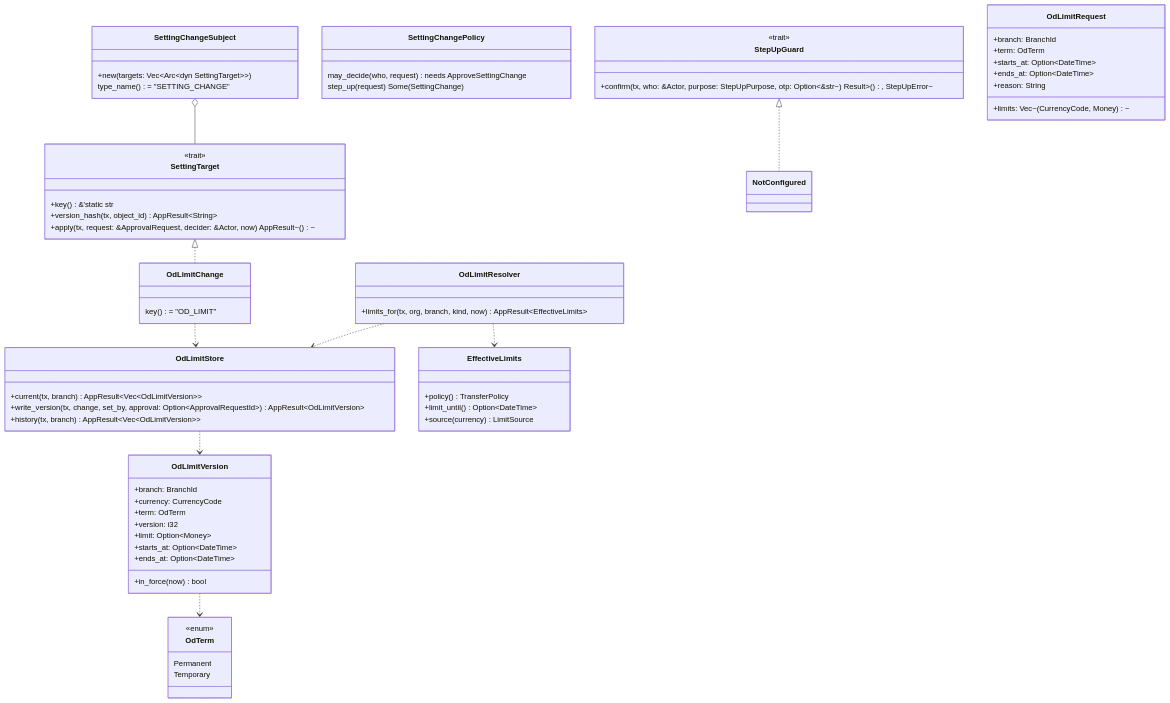
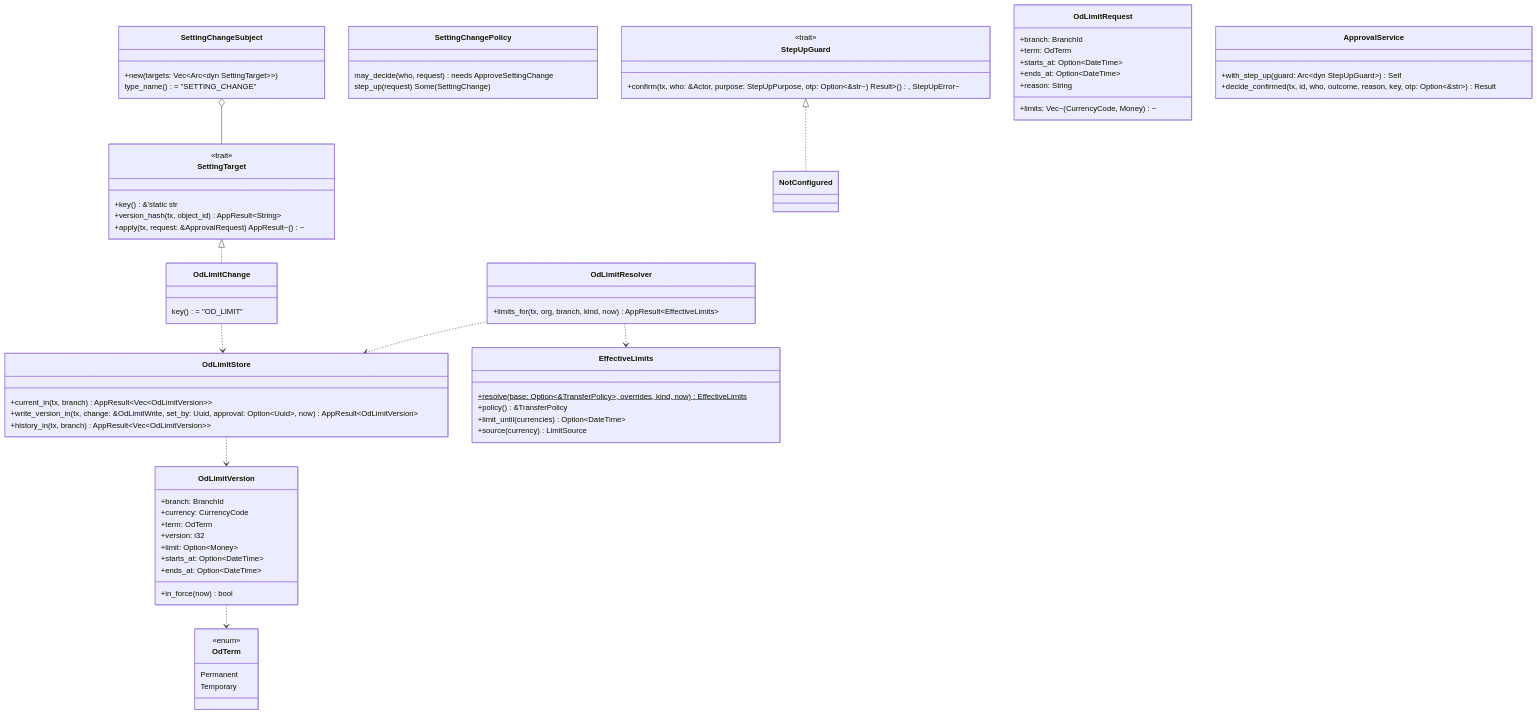
The diagram in docs/design/blueprint/od-limit-extension.md (yuthstyle88/xchange-dev), drawn with Mermaid before and after one commit. The commit also changed other lines of this file, not shown here.

First line of the commit message:
docs(od-limit): rows O-31 and O-32, step-up in the approval core, OD-2 owns the permissions after GA-1

````diff
--- a/docs/design/blueprint/od-limit-extension.md
+++ b/docs/design/blueprint/od-limit-extension.md
@@ -137,69 +138,74 @@
 ```mermaid
 classDiagram
   class SettingTarget {
     <<trait>>
     +key() &'static str
     +version_hash(tx, object_id) AppResult~String~
-    +apply(tx, request: &ApprovalRequest, decider: &Actor, now) AppResult~()~
+    +apply(tx, request: &ApprovalRequest) AppResult~()~
   }
   class SettingChangeSubject {
     +new(targets: Vec~Arc~dyn SettingTarget~~)
     type_name() = "SETTING_CHANGE"
   }
   class SettingChangePolicy {
     may_decide(who, request) needs ApproveSettingChange
     step_up(request) Some(SettingChange)
   }
   class StepUpGuard {
     <<trait>>
     +confirm(tx, who: &Actor, purpose: StepUpPurpose, otp: Option~&str~) Result~(), StepUpError~
   }
   class NotConfigured
   class OdLimitChange {
     key() = "OD_LIMIT"
   }
   class OdLimitRequest {
     +branch: BranchId
     +term: OdTerm
     +limits: Vec~(CurrencyCode, Money)~
     +starts_at: Option~DateTime~
     +ends_at: Option~DateTime~
     +reason: String
   }
   class OdTerm {
     <<enum>>
     Permanent
     Temporary
   }
   class OdLimitVersion {
     +branch: BranchId
     +currency: CurrencyCode
     +term: OdTerm
     +version: i32
     +limit: Option~Money~
     +starts_at: Option~DateTime~
     +ends_at: Option~DateTime~
     +in_force(now) bool
   }
   class EffectiveLimits {
-    +policy() TransferPolicy
-    +limit_until() Option~DateTime~
+    +resolve(base: Option~&TransferPolicy~, overrides, kind, now)$ EffectiveLimits
+    +policy() &TransferPolicy
+    +limit_until(currencies) Option~DateTime~
     +source(currency) LimitSource
   }
   class OdLimitResolver {
     +limits_for(tx, org, branch, kind, now) AppResult~EffectiveLimits~
   }
   class OdLimitStore {
-    +current(tx, branch) AppResult~Vec~OdLimitVersion~~
-    +write_version(tx, change, set_by, approval: Option~ApprovalRequestId~) AppResult~OdLimitVersion~
-    +history(tx, branch) AppResult~Vec~OdLimitVersion~~
+    +current_in(tx, branch) AppResult~Vec~OdLimitVersion~~
+    +write_version_in(tx, change: &OdLimitWrite, set_by: Uuid, approval: Option~Uuid~, now) AppResult~OdLimitVersion~
+    +history_in(tx, branch) AppResult~Vec~OdLimitVersion~~
+  }
+  class ApprovalService {
+    +with_step_up(guard: Arc~dyn StepUpGuard~) Self
+    +decide_confirmed(tx, id, who, outcome, reason, key, otp: Option~&str~) Result
   }
   SettingChangeSubject o-- SettingTarget
   SettingTarget <|.. OdLimitChange
   StepUpGuard <|.. NotConfigured
   OdLimitChange ..> OdLimitStore
   OdLimitResolver ..> OdLimitStore
   OdLimitResolver ..> EffectiveLimits
   OdLimitStore ..> OdLimitVersion
   OdLimitVersion ..> OdTerm
 ```
````
